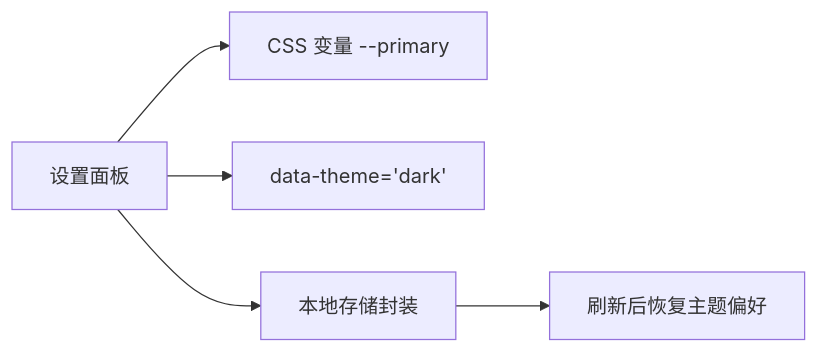
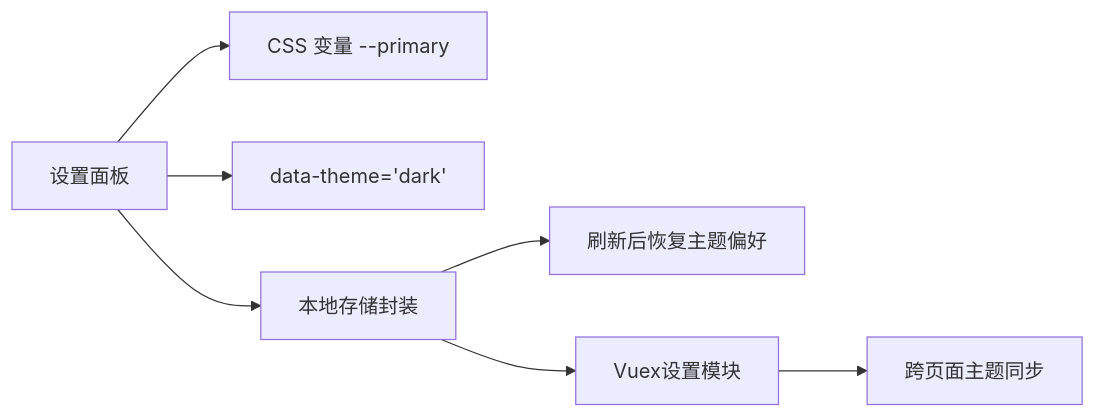
One commit to Neveryu/vue-cms changed the sixth of 8 diagrams in .qoder/repowiki/zh/content/核心功能/系统设置/主题切换系统.md. Above: the diagram before and after it, drawn with Mermaid. The commit also changed other lines of this file and 25 other files, not shown here.

````diff
--- a/.qoder/repowiki/zh/content/核心功能/系统设置/主题切换系统.md
+++ b/.qoder/repowiki/zh/content/核心功能/系统设置/主题切换系统.md
@@ -232,7 +275,9 @@
 ```mermaid
 graph LR
 Panel["设置面板"] --> Var["CSS 变量 --primary"]
 Panel --> ThemeAttr["data-theme='dark'"]
 Panel --> Store["本地存储封装"]
 Store --> Restore["刷新后恢复主题偏好"]
+Store --> Vuex["Vuex设置模块"]
+Vuex --> Sync["跨页面主题同步"]
 ```
````
